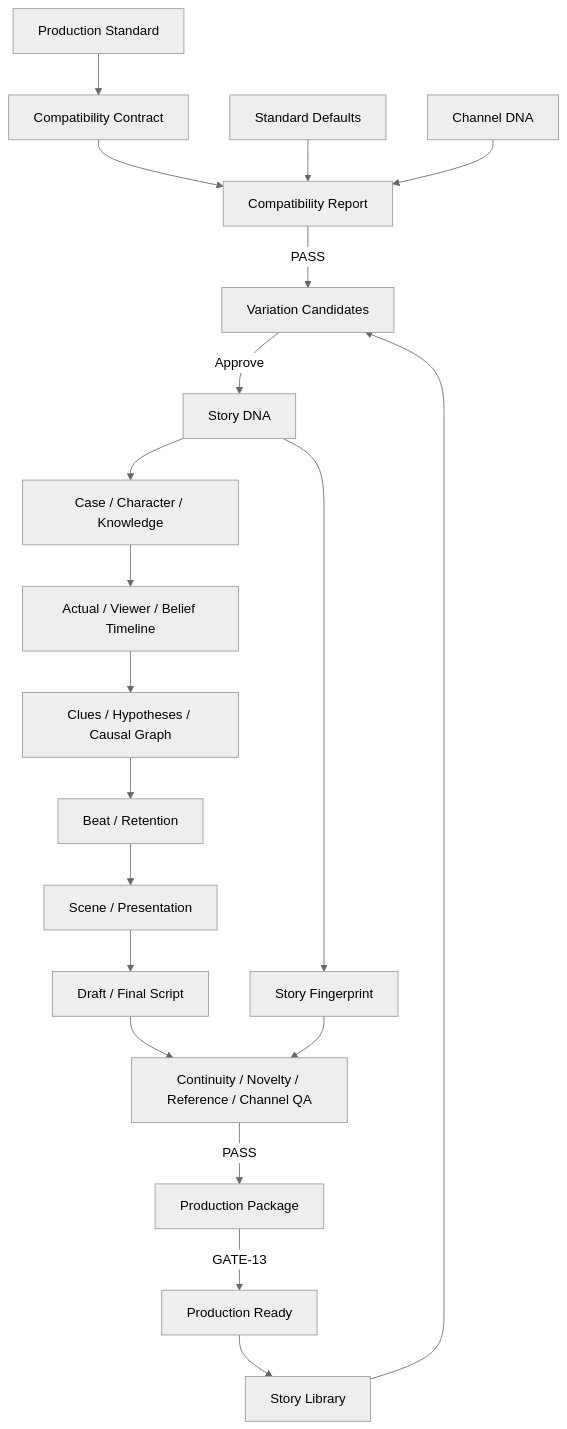
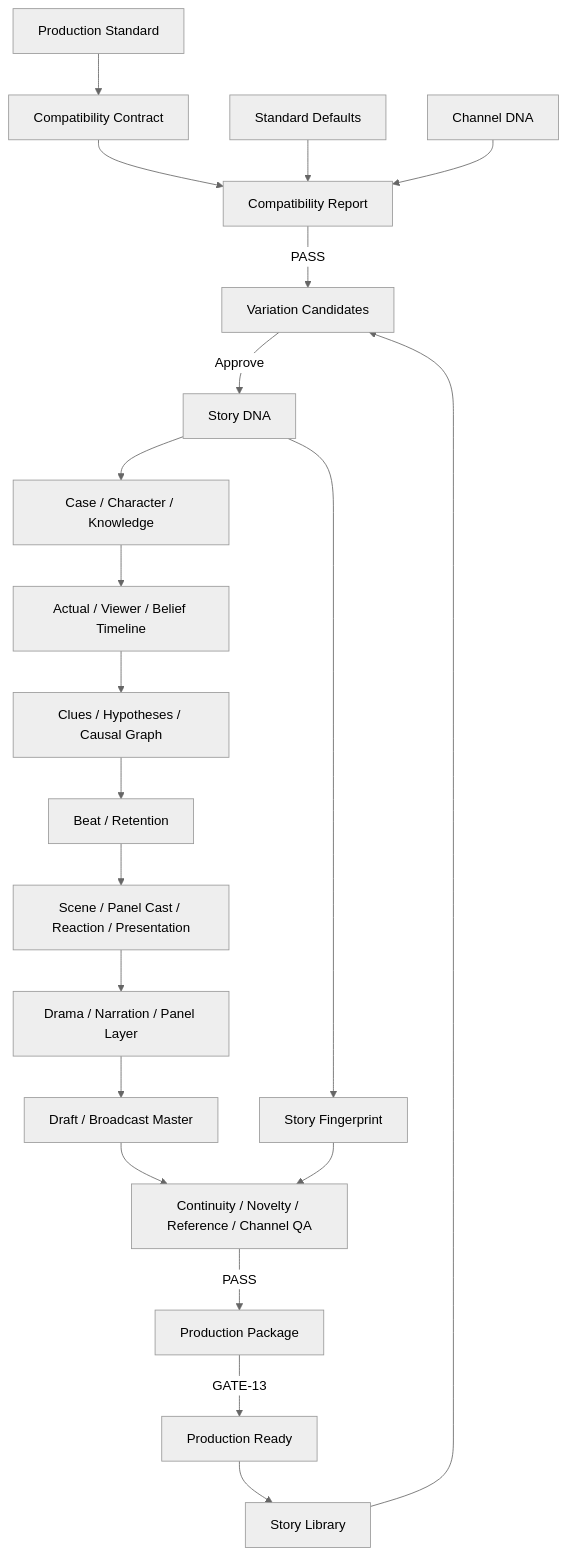
Before and after one commit to zzocojoa/mystery-starter-kit: the first of 2 diagrams in docs/01-plan/erd.md, drawn with Mermaid (neutral theme). The commit also changed 53 other files, not shown here.

````diff
--- a/docs/01-plan/erd.md
+++ b/docs/01-plan/erd.md
@@ -3,22 +3,23 @@
 ```mermaid
 flowchart TD
     S[Production Standard] --> C[Compatibility Contract]
     C --> R[Compatibility Report]
     D[Standard Defaults] --> R
     H[Channel DNA] --> R
     R -->|PASS| V[Variation Candidates]
     L[Story Library] --> V
     V -->|Approve| T[Story DNA]
     T --> F[Story Fingerprint]
     T --> K[Case / Character / Knowledge]
     K --> M[Actual / Viewer / Belief Timeline]
     M --> Q[Clues / Hypotheses / Causal Graph]
     Q --> B[Beat / Retention]
-    B --> N[Scene / Presentation]
-    N --> X[Draft / Final Script]
-    X --> A[Continuity / Novelty / Reference / Channel QA]
+    B --> N[Scene / Panel Cast / Reaction / Presentation]
+    N --> X[Drama / Narration / Panel Layer]
+    X --> Y[Draft / Broadcast Master]
+    Y --> A[Continuity / Novelty / Reference / Channel QA]
     F --> A
     A -->|PASS| P[Production Package]
     P -->|GATE-13| Z[Production Ready]
     Z --> L
 ```
````
